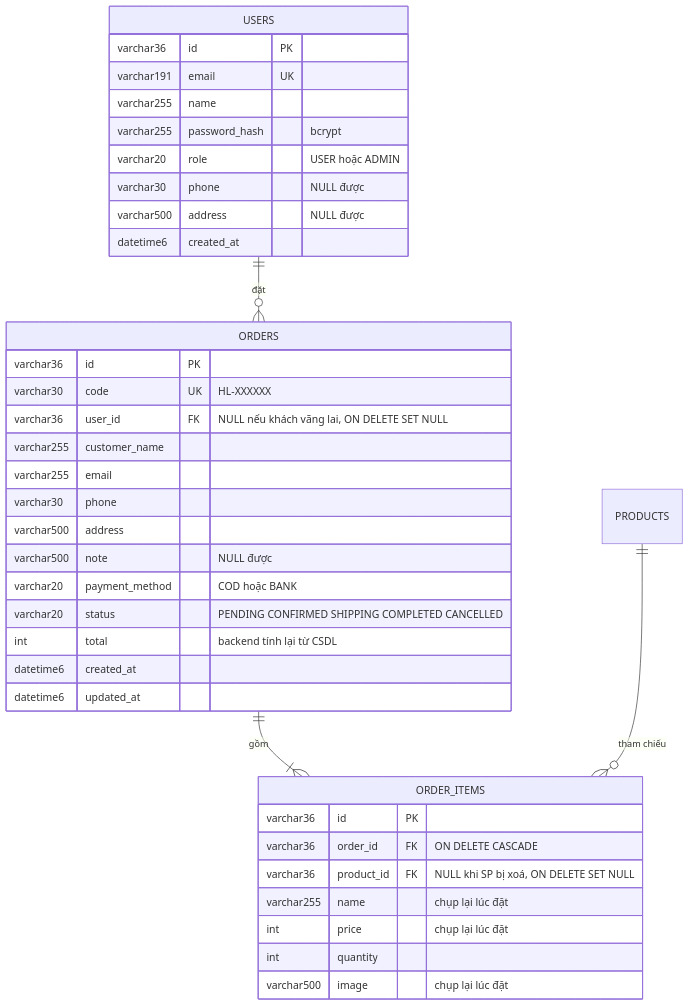
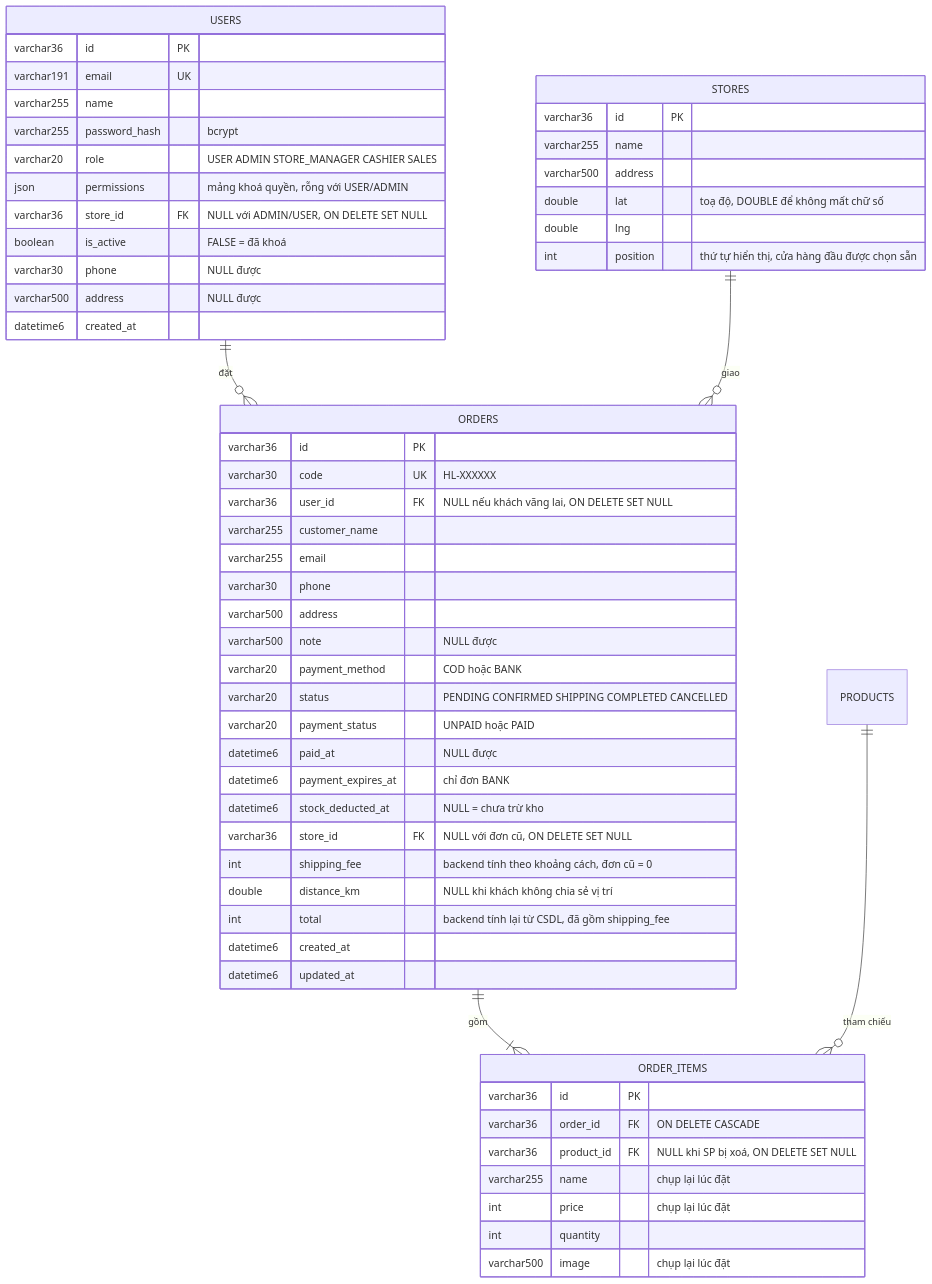
One commit to ngvuowng/doan changed diagram 49 of 51 in docs/SRS.md. Above: the diagram before and after it, drawn with Mermaid. The commit also changed other lines of this file and 63 other files, not shown here.

First line of the commit message:
Thêm phân quyền nhân sự, hệ thống cửa hàng kèm phí giao hàng, trừ tồn kho và danh mục hai cấp

````diff
--- a/docs/SRS.md
+++ b/docs/SRS.md
@@ -2612,41 +2738,60 @@
 ```mermaid
 erDiagram
     USERS {
         varchar36 id PK
         varchar191 email UK
         varchar255 name
         varchar255 password_hash "bcrypt"
-        varchar20 role "USER hoặc ADMIN"
+        varchar20 role "USER ADMIN STORE_MANAGER CASHIER SALES"
+        json permissions "mảng khoá quyền, rỗng với USER/ADMIN"
+        varchar36 store_id FK "NULL với ADMIN/USER, ON DELETE SET NULL"
+        boolean is_active "FALSE = đã khoá"
         varchar30 phone "NULL được"
         varchar500 address "NULL được"
         datetime6 created_at
     }
     ORDERS {
         varchar36 id PK
         varchar30 code UK "HL-XXXXXX"
         varchar36 user_id FK "NULL nếu khách vãng lai, ON DELETE SET NULL"
         varchar255 customer_name
         varchar255 email
         varchar30 phone
         varchar500 address
         varchar500 note "NULL được"
         varchar20 payment_method "COD hoặc BANK"
         varchar20 status "PENDING CONFIRMED SHIPPING COMPLETED CANCELLED"
-        int total "backend tính lại từ CSDL"
+        varchar20 payment_status "UNPAID hoặc PAID"
+        datetime6 paid_at "NULL được"
+        datetime6 payment_expires_at "chỉ đơn BANK"
+        datetime6 stock_deducted_at "NULL = chưa trừ kho"
+        varchar36 store_id FK "NULL với đơn cũ, ON DELETE SET NULL"
+        int shipping_fee "backend tính theo khoảng cách, đơn cũ = 0"
+        double distance_km "NULL khi khách không chia sẻ vị trí"
+        int total "backend tính lại từ CSDL, đã gồm shipping_fee"
         datetime6 created_at
         datetime6 updated_at
+    }
+    STORES {
+        varchar36 id PK
+        varchar255 name
+        varchar500 address
+        double lat "toạ độ, DOUBLE để không mất chữ số"
+        double lng
+        int position "thứ tự hiển thị, cửa hàng đầu được chọn sẵn"
     }
     ORDER_ITEMS {
         varchar36 id PK
         varchar36 order_id FK "ON DELETE CASCADE"
         varchar36 product_id FK "NULL khi SP bị xoá, ON DELETE SET NULL"
         varchar255 name "chụp lại lúc đặt"
         int price "chụp lại lúc đặt"
         int quantity
         varchar500 image "chụp lại lúc đặt"
     }
 
     USERS    ||--o{ ORDERS : "đặt"
+    STORES   ||--o{ ORDERS : "giao"
     ORDERS   ||--|{ ORDER_ITEMS : "gồm"
     PRODUCTS ||--o{ ORDER_ITEMS : "tham chiếu"
 ```
````
